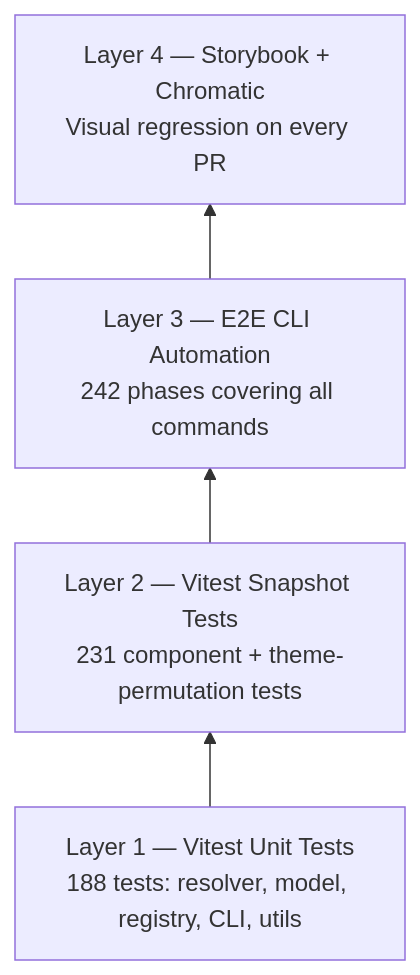
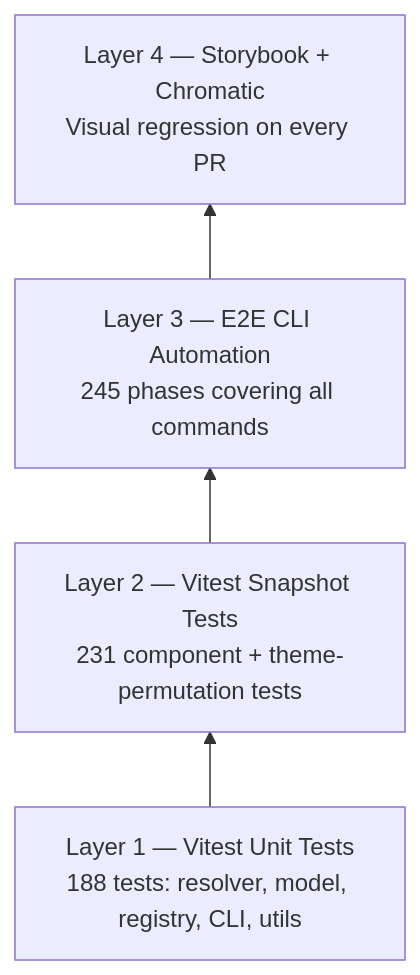
One commit to Naveen2070/project_crucible changed diagram 12 of 13 in ARCHITECTURE.md. Above: the diagram before and after it, drawn with Mermaid. The commit also changed other lines of this file and 4 other files, not shown here.

````diff
--- a/ARCHITECTURE.md
+++ b/ARCHITECTURE.md
@@ -1312,8 +1312,8 @@
 ```mermaid
 graph BT
     L1["Layer 1 — Vitest Unit Tests<br/>188 tests: resolver, model, registry, CLI, utils"]
     L2["Layer 2 — Vitest Snapshot Tests<br/>231 component + theme-permutation tests"]
-    L3["Layer 3 — E2E CLI Automation<br/>242 phases covering all commands"]
+    L3["Layer 3 — E2E CLI Automation<br/>245 phases covering all commands"]
     L4["Layer 4 — Storybook + Chromatic<br/>Visual regression on every PR"]
     L1 --> L2 --> L3 --> L4
 ```
````
